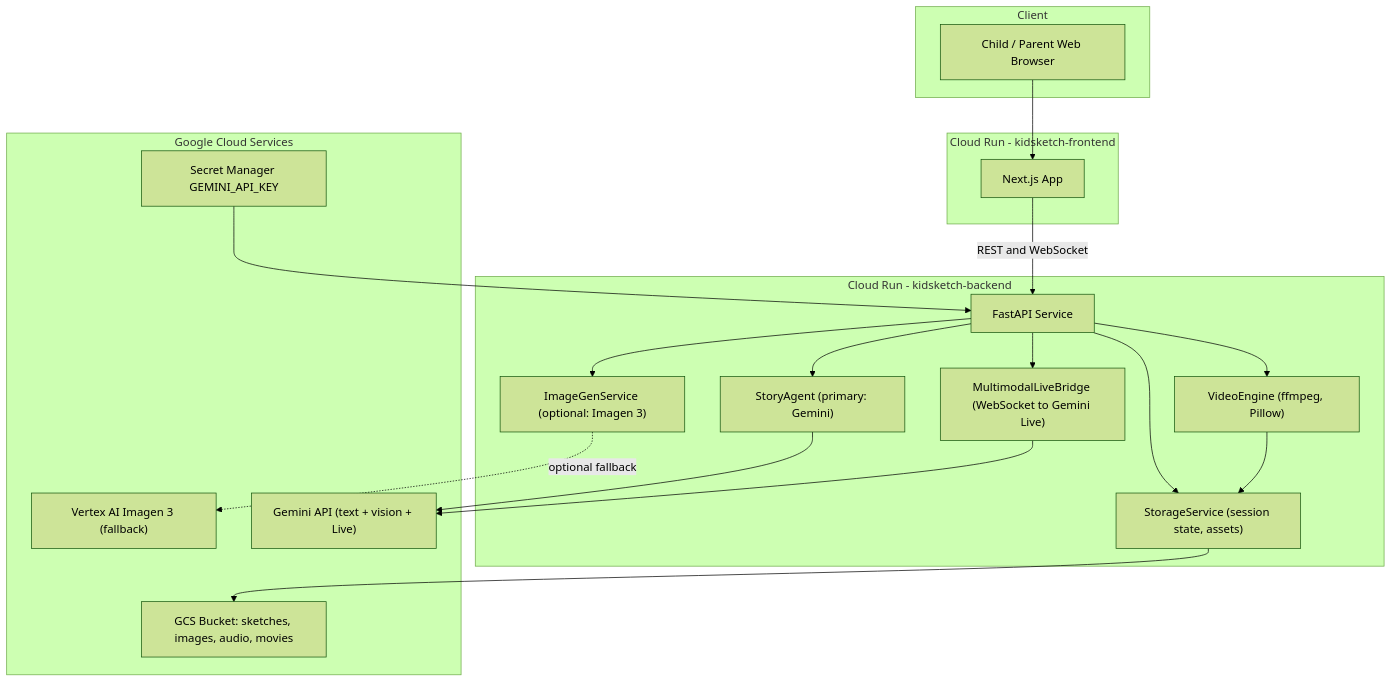
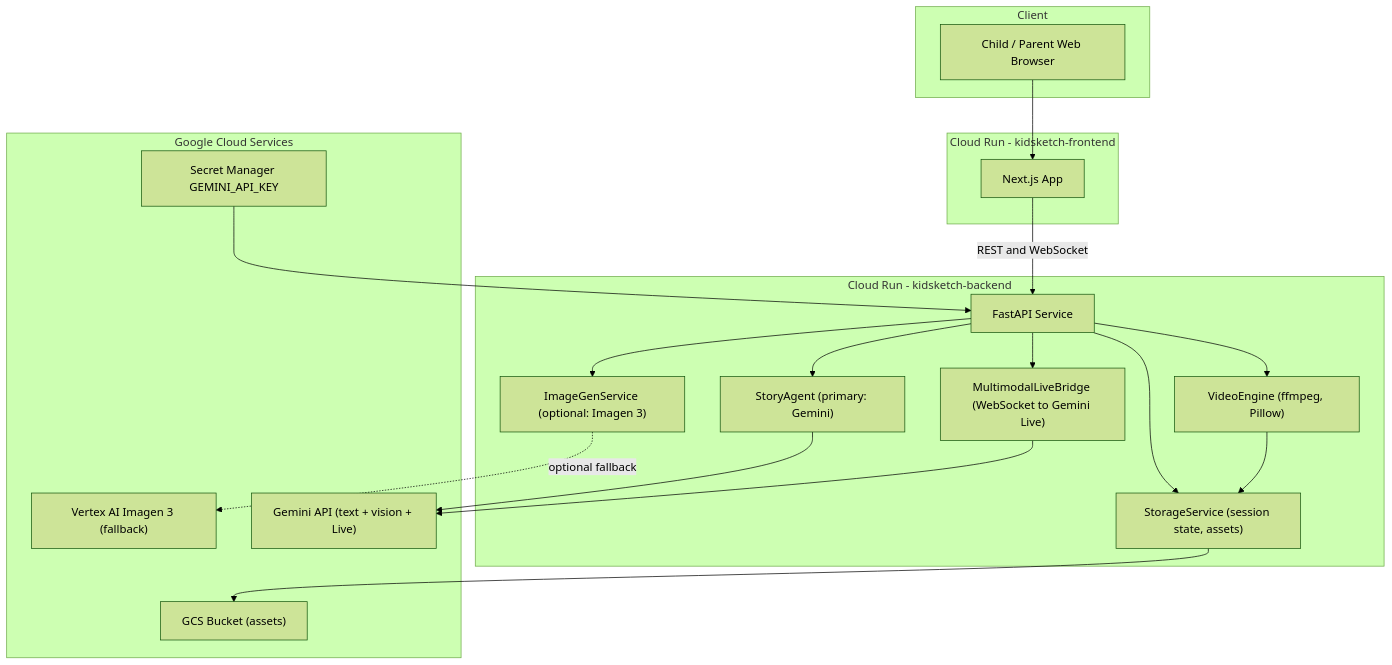
The diagram in ARCHITECTURE.md (twhetzel/kidsketch-storyteller), drawn with Mermaid (forest theme) before and after one commit.

````diff
--- a/ARCHITECTURE.md
+++ b/ARCHITECTURE.md
@@ -7,57 +7,57 @@
 ```mermaid
 flowchart TB
     %% Client
     subgraph Client
         U[Child / Parent Web Browser]
     end
 
     %% Frontend on Cloud Run
     subgraph FE[Cloud Run - kidsketch-frontend]
         F[Next.js App]
     end
 
     %% Backend on Cloud Run
     subgraph BE[Cloud Run - kidsketch-backend]
         B["FastAPI Service"]
         SA["StoryAgent (primary: Gemini)"]
         IMG["ImageGenService (optional: Imagen 3)"]
         VE["VideoEngine (ffmpeg, Pillow)"]
         ST["StorageService (session state, assets)"]
         MM["MultimodalLiveBridge (WebSocket to Gemini Live)"]
     end
 
     %% Managed GCP services
     subgraph GCP[Google Cloud Services]
-        GCS["GCS Bucket: sketches, images, audio, movies"]
+        GCS["GCS Bucket (assets)"]
         VA["Vertex AI Imagen 3 (fallback)"]
         GEM["Gemini API (text + vision + Live)"]
         SM["Secret Manager GEMINI_API_KEY"]
     end
 
     %% Flow: top to bottom
     U --> F
     F -->|REST and WebSocket| B
 
     %% Backend to Gemini (primary)
     B --> SA
     SA --> GEM
 
     %% Backend to Imagen (explicit fallback)
     B --> IMG
     IMG -. optional fallback .-> VA
 
     %% Storage
     B --> ST
     ST --> GCS
 
     %% Video assembly (via StorageService)
     B --> VE
     VE --> ST
 
     %% Live multimodal
     B --> MM
     MM --> GEM
 
     %% Config and secrets
     SM --> B
 ```
````
